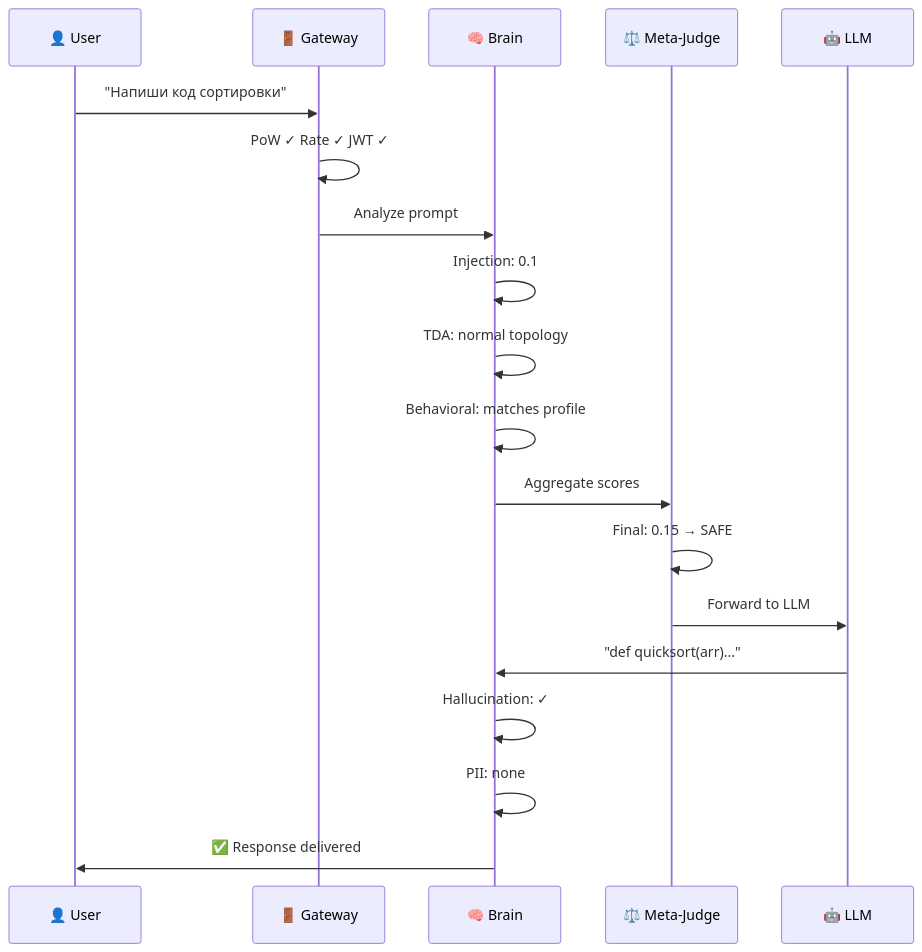
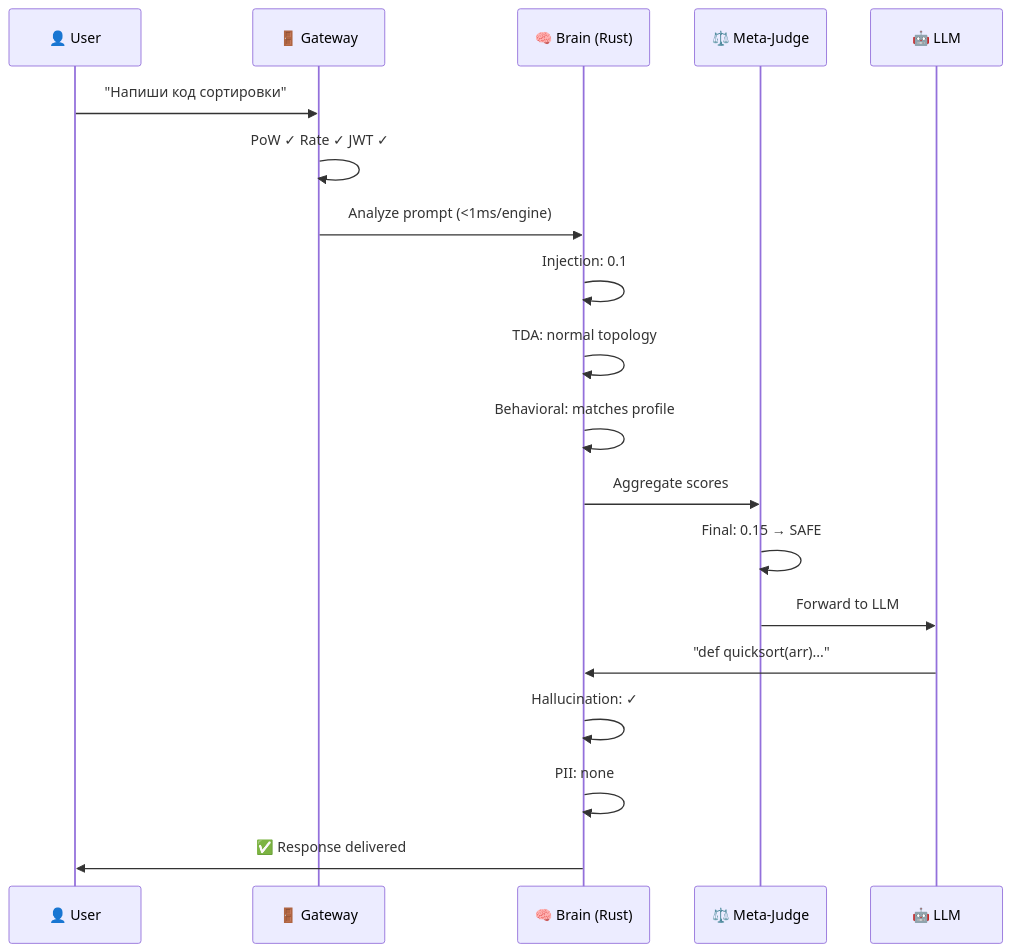
Before and after one commit to DmitrL-dev/AISecurity: the second of 4 diagrams in docs/architecture/architecture_flow.md, drawn with Mermaid. The commit also changed other lines of this file and 12 other files, not shown here.

Commit message:
docs: deep content rewrite  Python architecture  Rust/PyO3 across 13 files

````diff
--- a/docs/architecture/architecture_flow.md
+++ b/docs/architecture/architecture_flow.md
@@ -125,22 +135,22 @@
 ```mermaid
 sequenceDiagram
     participant U as 👤 User
     participant G as 🚪 Gateway
-    participant B as 🧠 Brain
+    participant B as 🧠 Brain (Rust)
     participant M as ⚖️ Meta-Judge
     participant L as 🤖 LLM
 
     U->>G: "Напиши код сортировки"
     G->>G: PoW ✓ Rate ✓ JWT ✓
-    G->>B: Analyze prompt
+    G->>B: Analyze prompt (<1ms/engine)
     B->>B: Injection: 0.1
     B->>B: TDA: normal topology
     B->>B: Behavioral: matches profile
     B->>M: Aggregate scores
     M->>M: Final: 0.15 → SAFE
     M->>L: Forward to LLM
     L->>B: "def quicksort(arr)..."
     B->>B: Hallucination: ✓
     B->>B: PII: none
     B->>U: ✅ Response delivered
 ```
````
